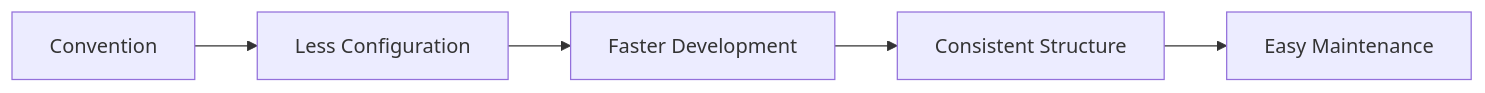
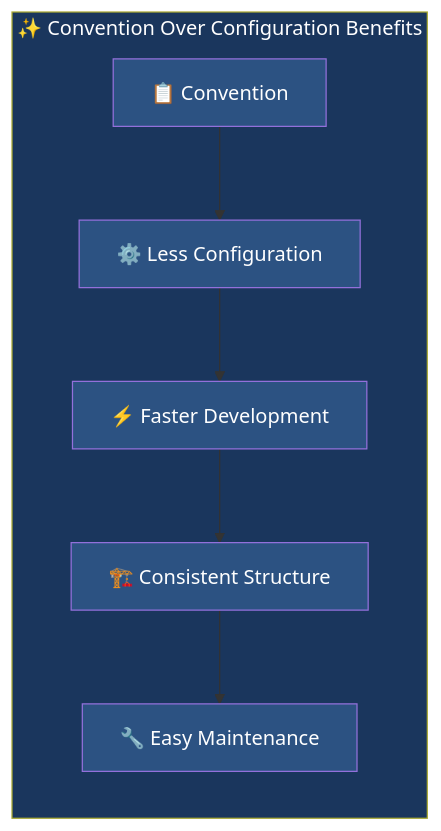
Before and after one commit to abhayraj-ops/Cake-Learn: the first of 6 diagrams in docs/01-cakephp-at-a-glance.md, drawn with Mermaid. The commit also changed other lines of this file, not shown here.

First line of the commit message:
Improve Mermaid diagrams in 01-cakephp-at-a-glance.md with dark styling

````diff
--- a/docs/01-cakephp-at-a-glance.md
+++ b/docs/01-cakephp-at-a-glance.md
@@ -42,7 +42,19 @@
 ```mermaid
 graph LR
-    A[Convention] --> B[Less Configuration]
-    B --> C[Faster Development]
-    C --> D[Consistent Structure]
-    D --> E[Easy Maintenance]
+    subgraph Benefits["✨ Convention Over Configuration Benefits"]
+        A["📋 Convention"]
+        B["⚙️ Less Configuration"]
+        C["⚡ Faster Development"]
+        D["🏗️ Consistent Structure"]
+        E["🔧 Easy Maintenance"]
+    end
+
+    A --> B --> C --> D --> E
+
+    style Benefits fill:#1a365d,color:#fff
+    style A fill:#2c5282,color:#fff
+    style B fill:#2c5282,color:#fff
+    style C fill:#2c5282,color:#fff
+    style D fill:#2c5282,color:#fff
+    style E fill:#2c5282,color:#fff
 ```
````
